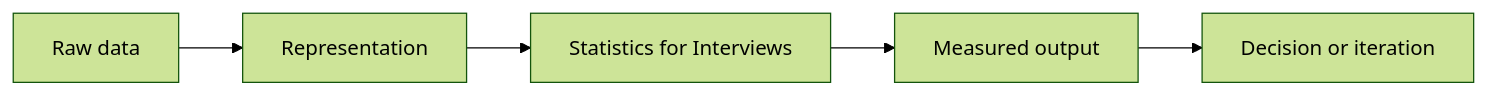
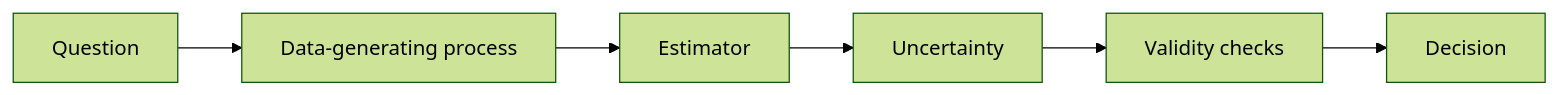
The diagram in statistics/12-statistics-for-interviews.md (Icon1cc/Machine-Learning), drawn with Mermaid (forest theme) before and after one commit. The commit also changed other lines of this file and 20 other files, not shown here.

````diff
--- a/statistics/12-statistics-for-interviews.md
+++ b/statistics/12-statistics-for-interviews.md
@@ -93,7 +101,8 @@
 ```mermaid
 flowchart LR
-    A[Raw data] --> B[Representation]
-    B --> C[Statistics for Interviews]
-    C --> D[Measured output]
-    D --> E[Decision or iteration]
+    A[Question] --> B[Data-generating process]
+    B --> C[Estimator]
+    C --> D[Uncertainty]
+    D --> E[Validity checks]
+    E --> F[Decision]
 ```
````
